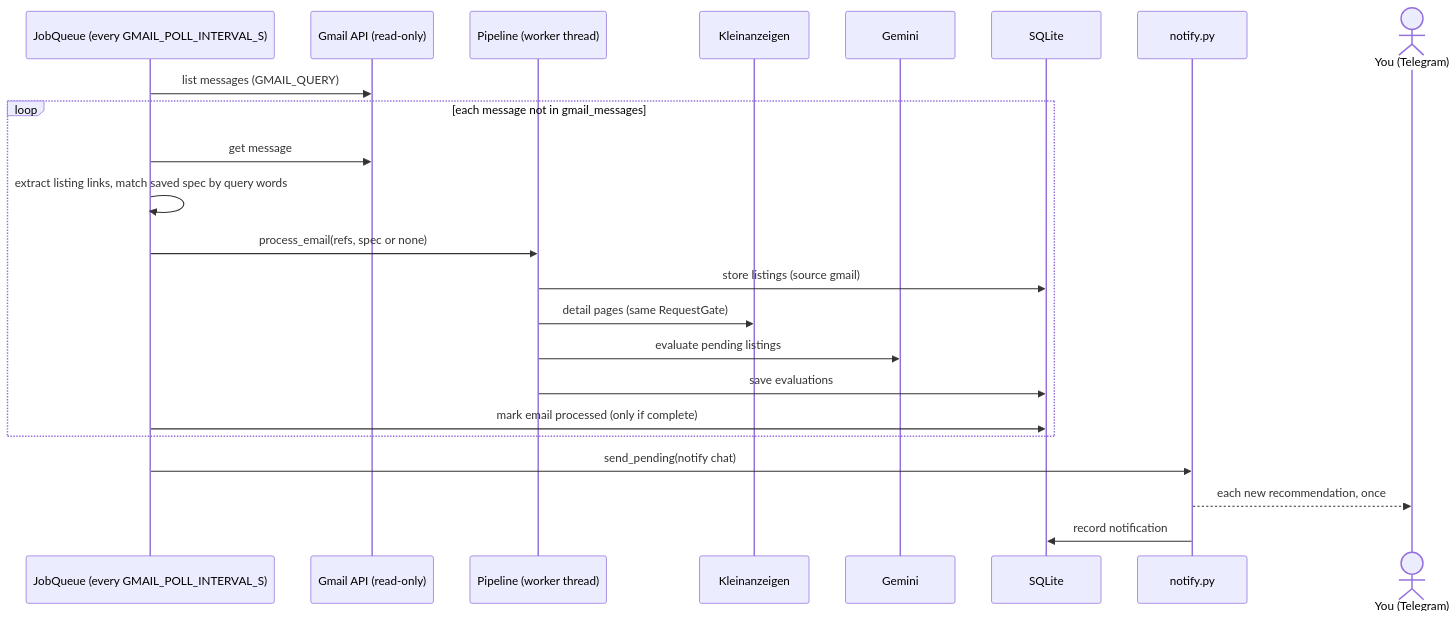
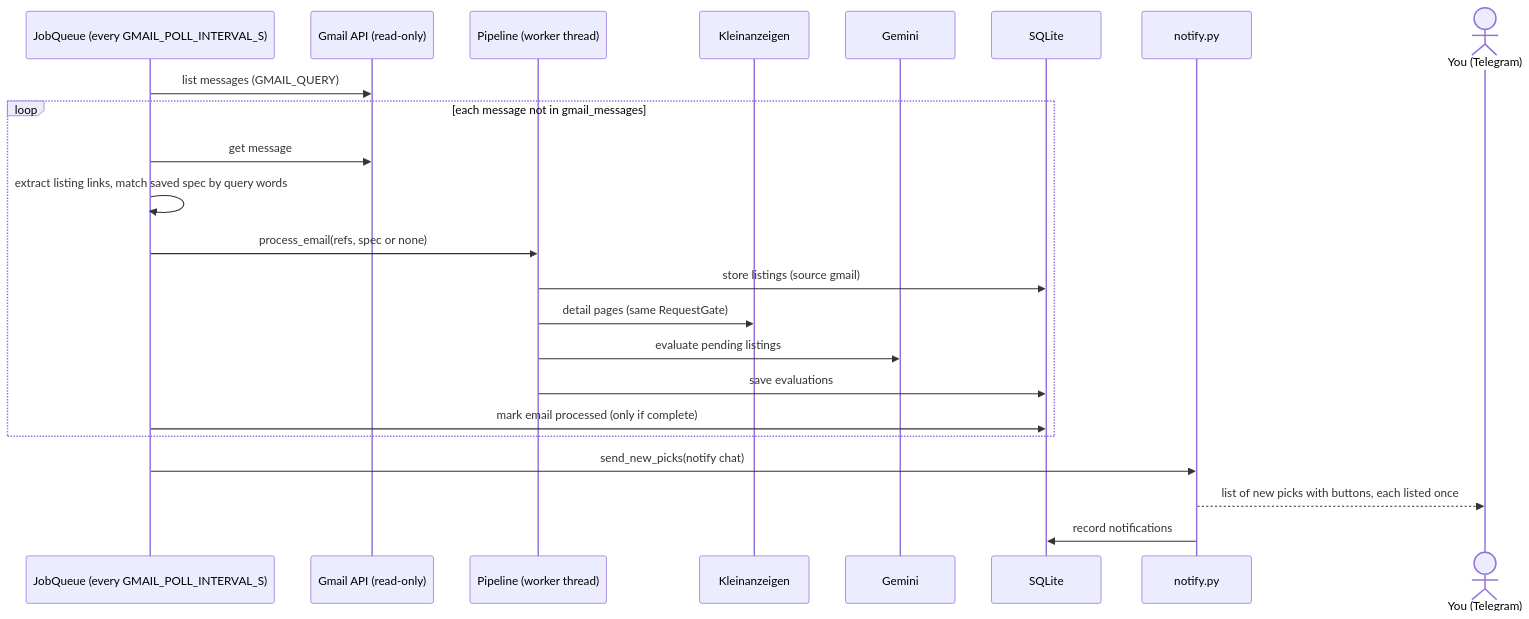
Before and after one commit to 5ayyadi/offer-finder: the second of 2 diagrams in docs/diagrams/flows.md, drawn with Mermaid. The commit also changed other lines of this file and 5 other files, not shown here.

Commit message:
Docs: several places, quality guide and tier caps, pick list with offer buttons

````diff
--- a/docs/diagrams/flows.md
+++ b/docs/diagrams/flows.md
@@ -47,26 +51,26 @@
 ```mermaid
 sequenceDiagram
     participant J as JobQueue (every GMAIL_POLL_INTERVAL_S)
     participant G as Gmail API (read-only)
     participant P as Pipeline (worker thread)
     participant K as Kleinanzeigen
     participant L as Gemini
     participant D as SQLite
     participant N as notify.py
     actor U as You (Telegram)
 
     J->>G: list messages (GMAIL_QUERY)
     loop each message not in gmail_messages
         J->>G: get message
         J->>J: extract listing links, match saved spec by query words
         J->>P: process_email(refs, spec or none)
         P->>D: store listings (source gmail)
         P->>K: detail pages (same RequestGate)
         P->>L: evaluate pending listings
         P->>D: save evaluations
         J->>D: mark email processed (only if complete)
     end
-    J->>N: send_pending(notify chat)
-    N-->>U: each new recommendation, once
-    N->>D: record notification
+    J->>N: send_new_picks(notify chat)
+    N-->>U: list of new picks with buttons, each listed once
+    N->>D: record notifications
 ```
````
